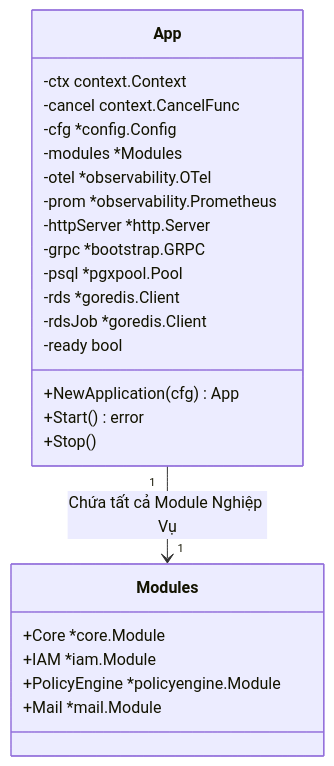
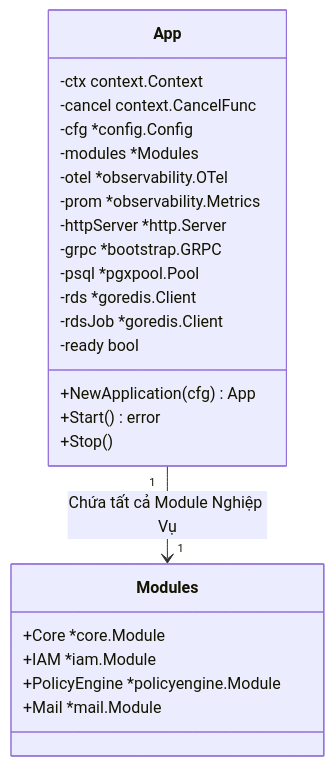
The first of 3 diagrams in controlplane/docs/contract/application-graph-canonical-contract.md (phucle996/aurora), drawn with Mermaid before and after one commit. The commit also changed other lines of this file and 71 other files, not shown here.

Commit message:
refactor: consolidate observability metrics and migrate from Prometheus to OpenTelemetry across all services

````diff
--- a/controlplane/docs/contract/application-graph-canonical-contract.md
+++ b/controlplane/docs/contract/application-graph-canonical-contract.md
@@ -19,27 +19,27 @@
 ```mermaid
 classDiagram
     class App {
         -ctx context.Context
         -cancel context.CancelFunc
         -cfg *config.Config
         -modules *Modules
         -otel *observability.OTel
-        -prom *observability.Prometheus
+        -prom *observability.Metrics
         -httpServer *http.Server
         -grpc *bootstrap.GRPC
         -psql *pgxpool.Pool
         -rds *goredis.Client
         -rdsJob *goredis.Client
         -ready bool
         +NewApplication(cfg) App
         +Start() error
         +Stop()
     }
     class Modules {
         +Core *core.Module
         +IAM *iam.Module
         +PolicyEngine *policyengine.Module
         +Mail *mail.Module
     }
     App "1" --> "1" Modules : Chứa tất cả Module Nghiệp Vụ
 ```
````
